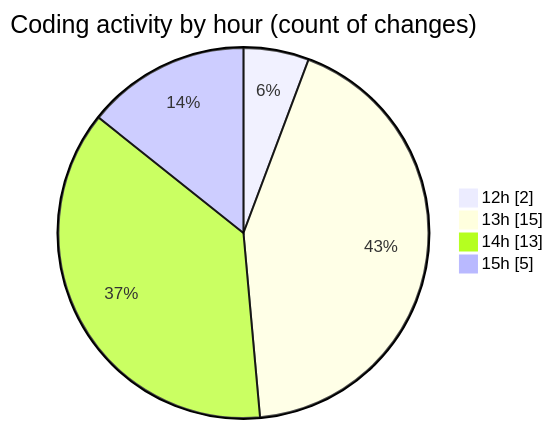
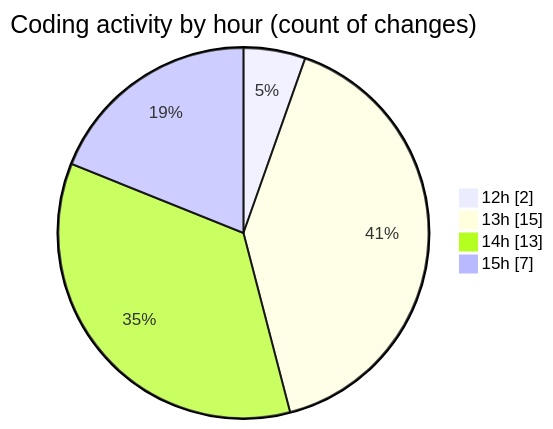
One commit to idhammustaqopulfikri/code-tracking changed the second of 2 diagrams in 2025-11-13/futsal-recommender/README.md. Above: the diagram before and after it, drawn with Mermaid. The commit also changed other lines of this file and 1 other file, not shown here.

````diff
--- a/2025-11-13/futsal-recommender/README.md
+++ b/2025-11-13/futsal-recommender/README.md
@@ -39,8 +39,8 @@
 ```mermaid
 pie showData
 title Coding activity by hour (count of changes)
 "12h" : 2
 "13h" : 15
 "14h" : 13
-"15h" : 5
+"15h" : 7
 ```
````
